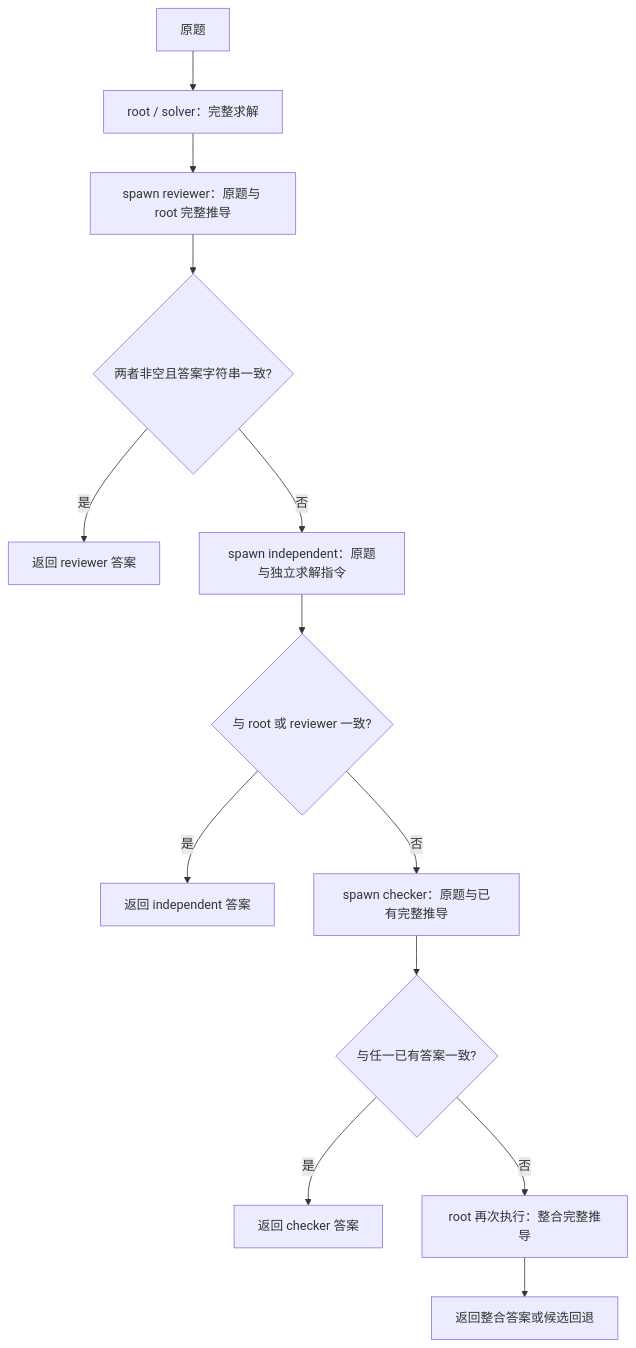
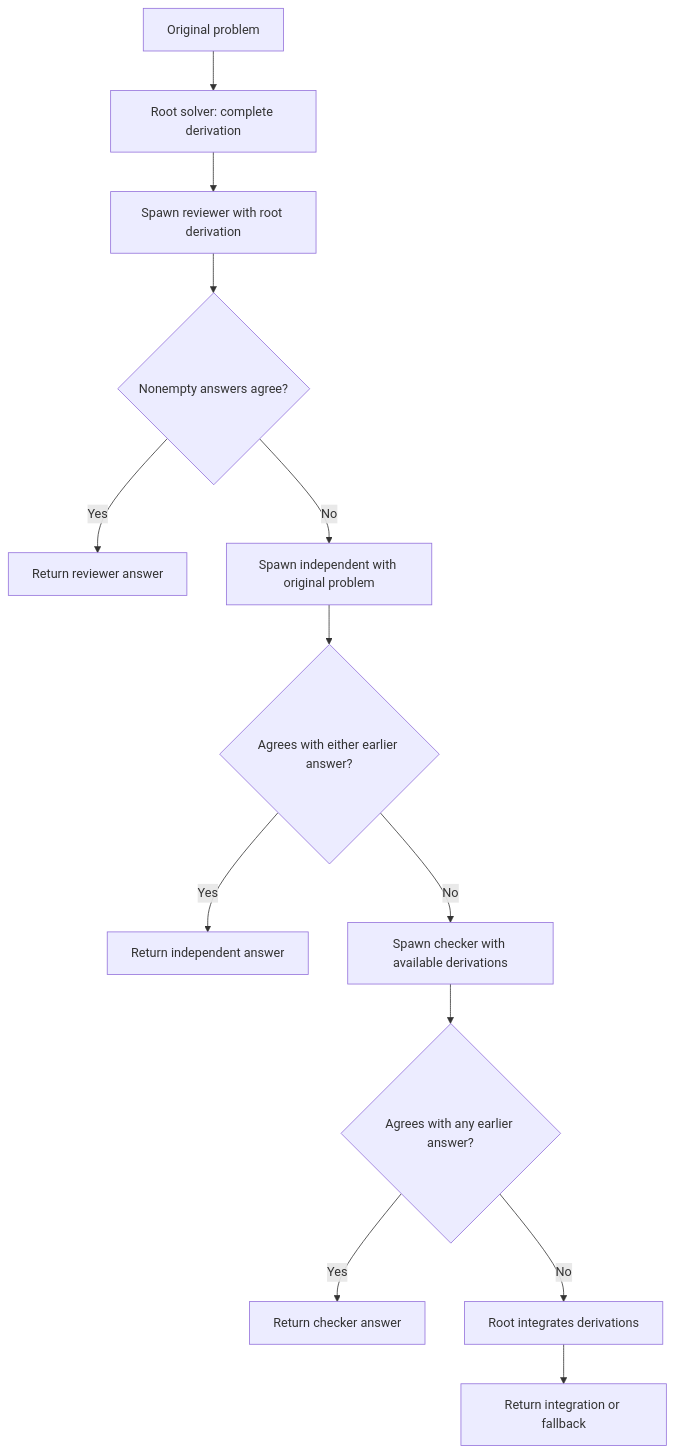
One commit to erwinmsmith/MFlow changed the diagram in docs/experiments/math-v8-round2-mas.md. Above: the diagram before and after it, drawn with Mermaid. The commit also changed other lines of this file and 78 other files, not shown here.

````diff
--- a/docs/experiments/math-v8-round2-mas.md
+++ b/docs/experiments/math-v8-round2-mas.md
@@ -30,15 +30,15 @@
 ```mermaid
 flowchart TD
-  A[原题] --> B[root / solver：完整求解]
-  B --> C[spawn reviewer：原题与 root 完整推导]
-  C --> D{两者非空且答案字符串一致?}
-  D -->|是| R[返回 reviewer 答案]
-  D -->|否| E[spawn independent：原题与独立求解指令]
-  E --> F{与 root 或 reviewer 一致?}
-  F -->|是| S[返回 independent 答案]
-  F -->|否| G[spawn checker：原题与已有完整推导]
-  G --> H{与任一已有答案一致?}
-  H -->|是| T[返回 checker 答案]
-  H -->|否| I[root 再次执行：整合完整推导]
-  I --> U[返回整合答案或候选回退]
+  A[Original problem] --> B[Root solver: complete derivation]
+  B --> C[Spawn reviewer with root derivation]
+  C --> D{Nonempty answers agree?}
+  D -->|Yes| R[Return reviewer answer]
+  D -->|No| E[Spawn independent with original problem]
+  E --> F{Agrees with either earlier answer?}
+  F -->|Yes| S[Return independent answer]
+  F -->|No| G[Spawn checker with available derivations]
+  G --> H{Agrees with any earlier answer?}
+  H -->|Yes| T[Return checker answer]
+  H -->|No| I[Root integrates derivations]
+  I --> U[Return integration or fallback]
 ```
````
